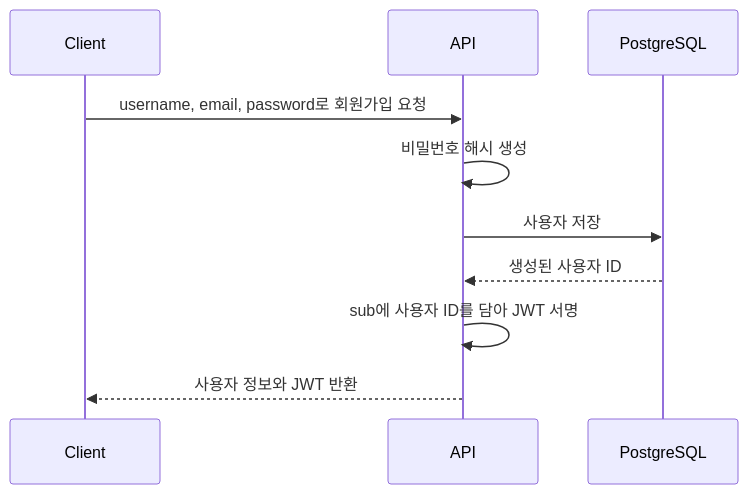
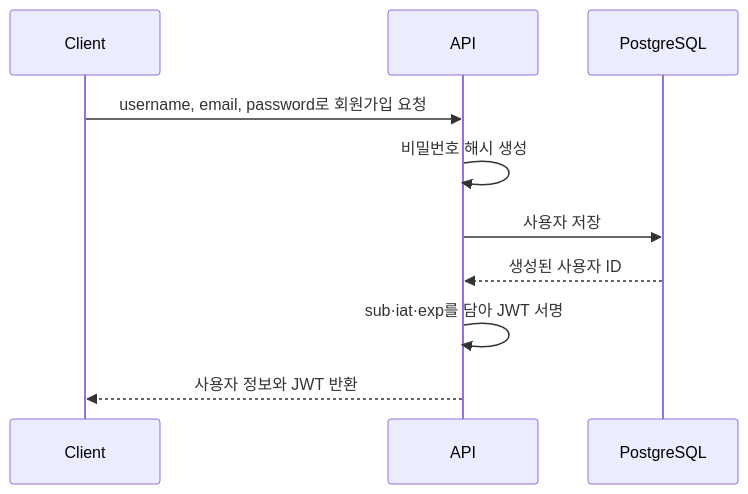
One commit to chahoseong/realworld-fastapi-backend changed the first of 3 diagrams in docs/notes/008-json-web-token-and-authentication.md. Above: the diagram before and after it, drawn with Mermaid. The commit also changed other lines of this file, not shown here.

Commit message:
docs: JWT Claim에 사용자 ID, 발급 시각, 만료 시각 추가 및 설명 수정

````diff
--- a/docs/notes/008-json-web-token-and-authentication.md
+++ b/docs/notes/008-json-web-token-and-authentication.md
@@ -74,13 +76,13 @@
 ```mermaid
 sequenceDiagram
     participant Client
     participant API
     participant DB as PostgreSQL
 
     Client->>API: username, email, password로 회원가입 요청
     API->>API: 비밀번호 해시 생성
     API->>DB: 사용자 저장
     DB-->>API: 생성된 사용자 ID
-    API->>API: sub에 사용자 ID를 담아 JWT 서명
+    API->>API: sub·iat·exp를 담아 JWT 서명
     API-->>Client: 사용자 정보와 JWT 반환
 ```
````
